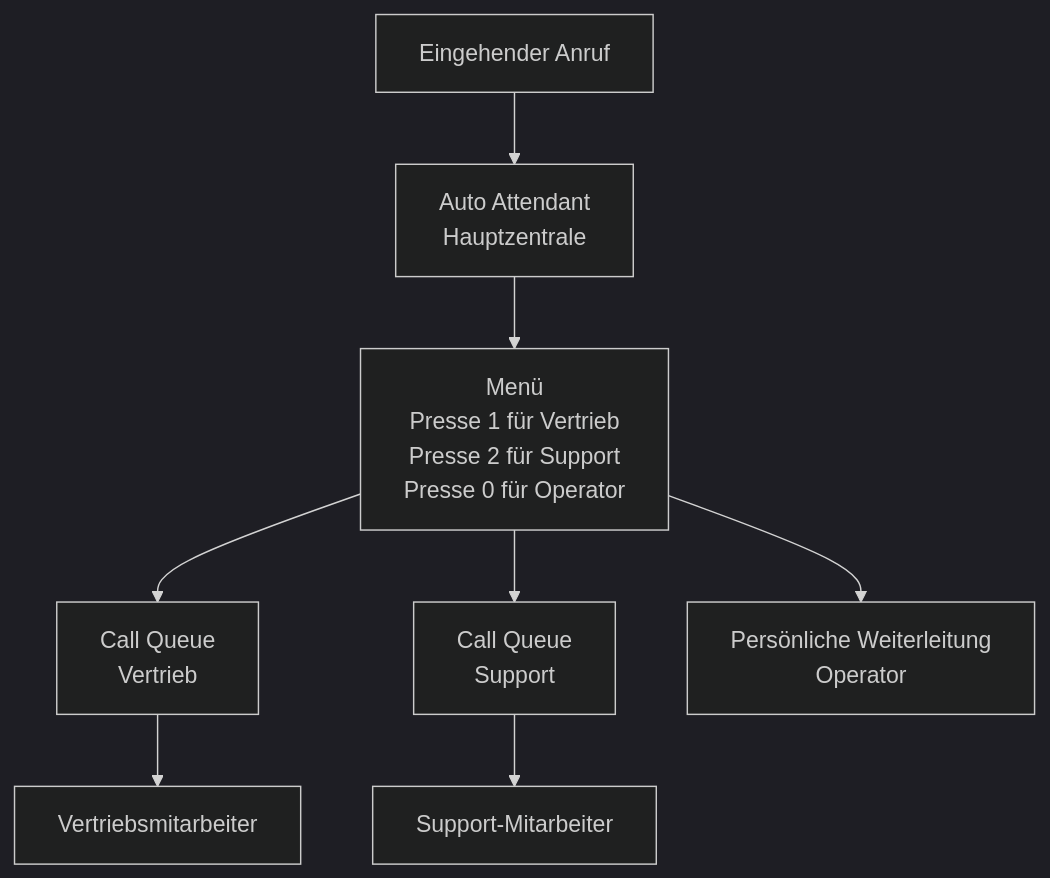
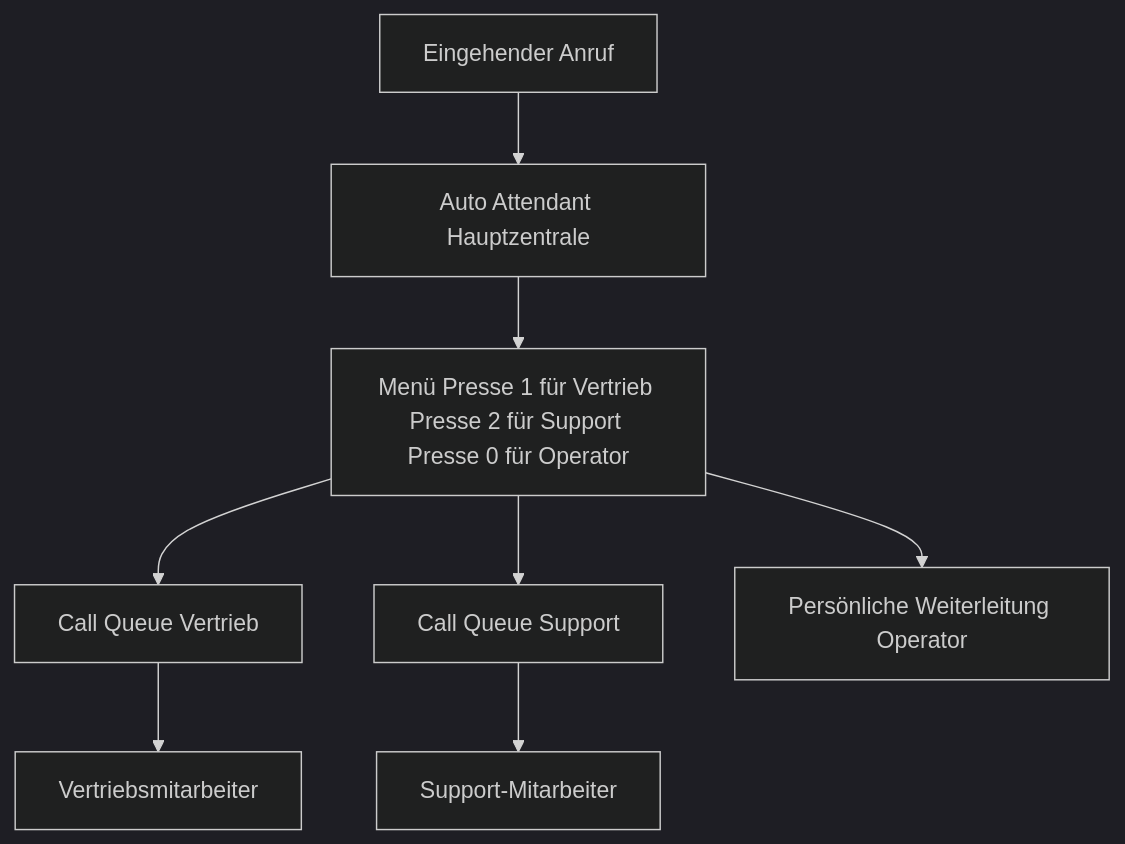
Before and after one commit to SoniiiT/notes-n-docs: the second of 2 diagrams in Microsoft 365/Teams/Teams-Telefonie.md, drawn with Mermaid (dark theme). The commit also changed other lines of this file and 124 other files, not shown here.

First line of the commit message:
fix: Entferne \n aus allen Mermaid-Diagrammen (125 Dateien)

````diff
--- a/Microsoft 365/Teams/Teams-Telefonie.md
+++ b/Microsoft 365/Teams/Teams-Telefonie.md
@@ -246,10 +246,10 @@
 ```mermaid
 graph TD
-    ANRUF[Eingehender Anruf] --> AA[Auto Attendant\nHauptzentrale]
-    AA --> MENU[Menü\nPresse 1 für Vertrieb\nPresse 2 für Support\nPresse 0 für Operator]
-    MENU --> CQ1[Call Queue\nVertrieb]
-    MENU --> CQ2[Call Queue\nSupport]
-    MENU --> USER[Persönliche Weiterleitung\nOperator]
+    ANRUF[Eingehender Anruf] --> AA[Auto Attendant Hauptzentrale]
+    AA --> MENU[Menü Presse 1 für Vertrieb Presse 2 für Support Presse 0 für Operator]
+    MENU --> CQ1[Call Queue Vertrieb]
+    MENU --> CQ2[Call Queue Support]
+    MENU --> USER[Persönliche Weiterleitung Operator]
     CQ1 --> AGENT1[Vertriebsmitarbeiter]
     CQ2 --> AGENT2[Support-Mitarbeiter]
 ```
````
